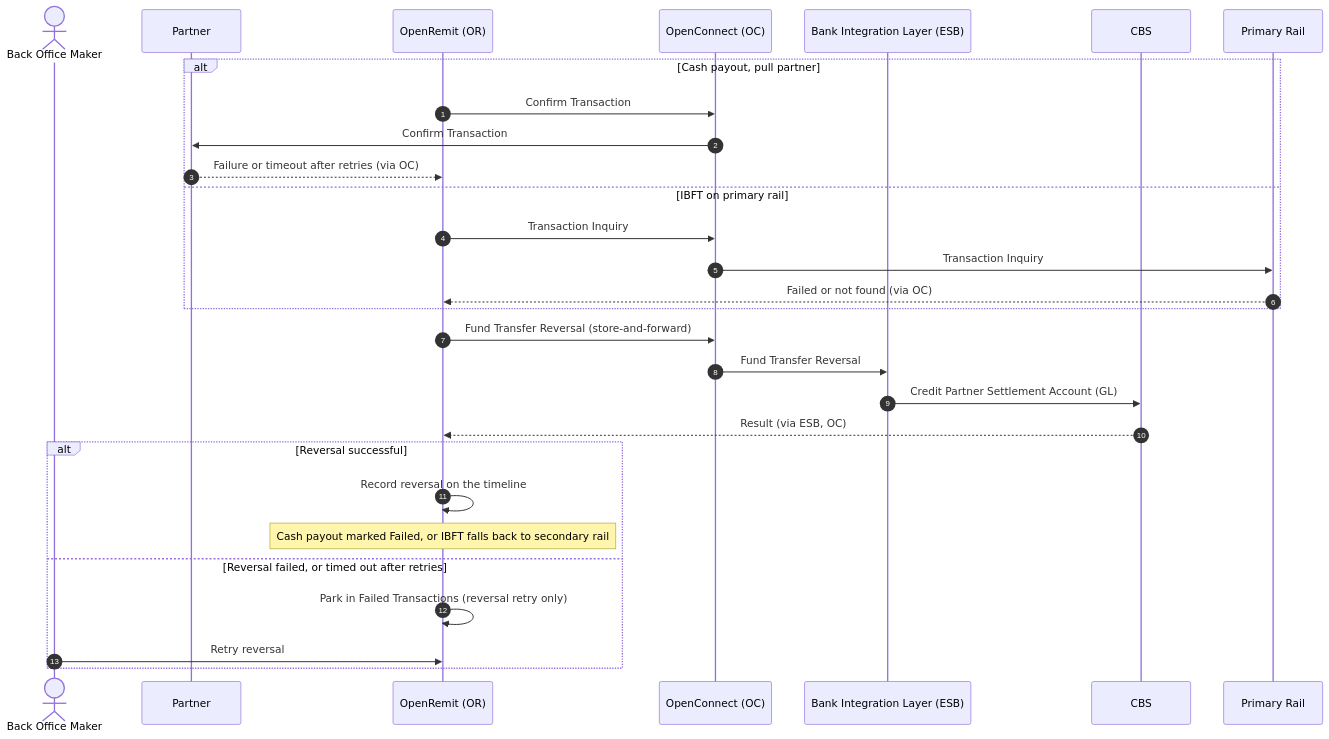
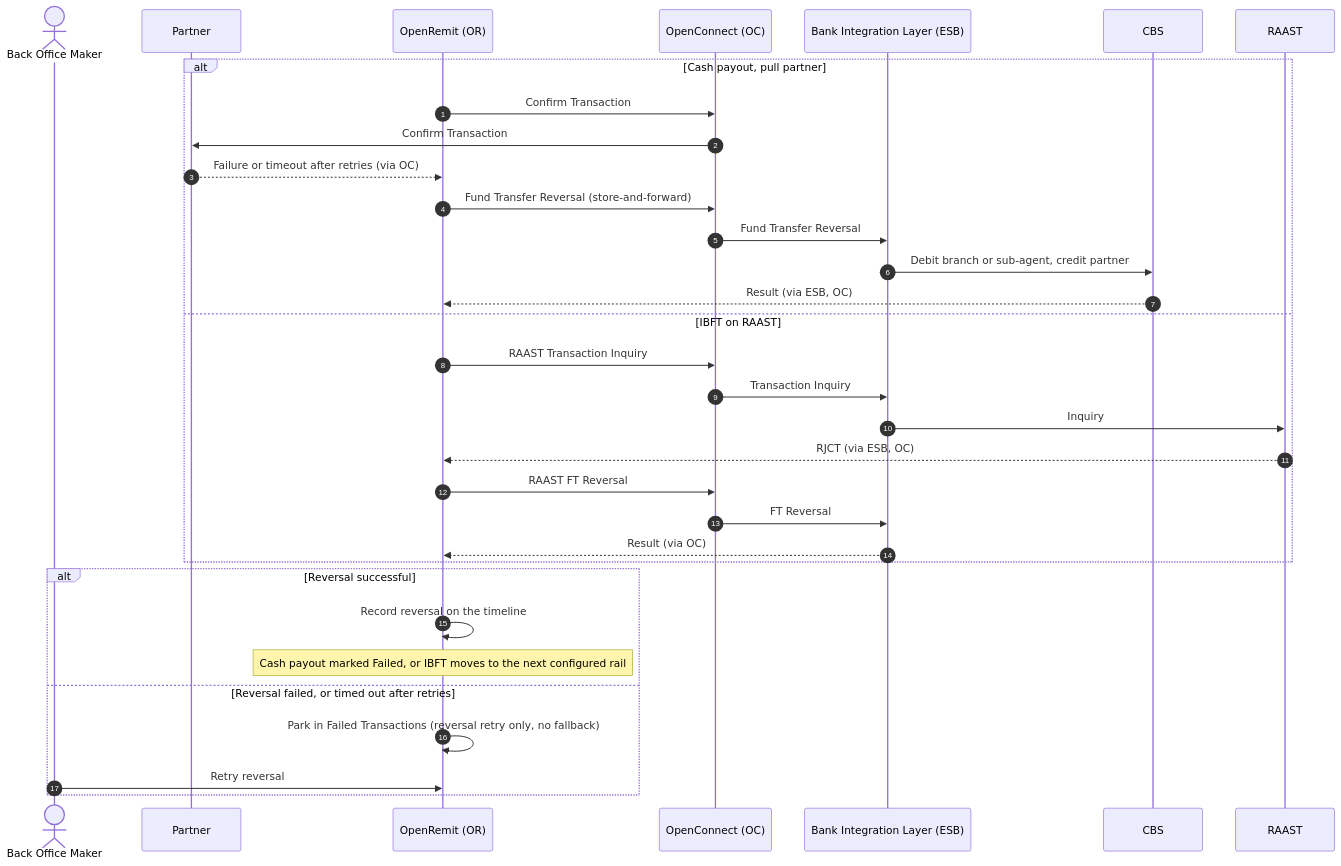
One commit to paysyslab/OpenRemit changed the diagram in docs/features/financial/automatic-ft-reversal.md. Above: the diagram before and after it, drawn with Mermaid. The commit also changed other lines of this file and 37 other files, not shown here.

````diff
--- a/docs/features/financial/automatic-ft-reversal.md
+++ b/docs/features/financial/automatic-ft-reversal.md
@@ -51,33 +49,37 @@
 ```mermaid
 sequenceDiagram
     autonumber
     actor BOM as Back Office Maker
     participant P as Partner
     participant OR as OpenRemit (OR)
     participant OC as OpenConnect (OC)
     participant ESB as Bank Integration Layer (ESB)
     participant CBS
-    participant L1 as Primary Rail
+    participant RA as RAAST
 
     alt Cash payout, pull partner
         OR->>OC: Confirm Transaction
         OC->>P: Confirm Transaction
         P-->>OR: Failure or timeout after retries (via OC)
-    else IBFT on primary rail
-        OR->>OC: Transaction Inquiry
-        OC->>L1: Transaction Inquiry
-        L1-->>OR: Failed or not found (via OC)
+        OR->>OC: Fund Transfer Reversal (store-and-forward)
+        OC->>ESB: Fund Transfer Reversal
+        ESB->>CBS: Debit branch or sub-agent, credit partner
+        CBS-->>OR: Result (via ESB, OC)
+    else IBFT on RAAST
+        OR->>OC: RAAST Transaction Inquiry
+        OC->>ESB: Transaction Inquiry
+        ESB->>RA: Inquiry
+        RA-->>OR: RJCT (via ESB, OC)
+        OR->>OC: RAAST FT Reversal
+        OC->>ESB: FT Reversal
+        ESB-->>OR: Result (via OC)
     end
 
-    OR->>OC: Fund Transfer Reversal (store-and-forward)
-    OC->>ESB: Fund Transfer Reversal
-    ESB->>CBS: Credit Partner Settlement Account (GL)
-    CBS-->>OR: Result (via ESB, OC)
     alt Reversal successful
         OR->>OR: Record reversal on the timeline
-        Note over OR: Cash payout marked Failed, or IBFT falls back to secondary rail
+        Note over OR: Cash payout marked Failed, or IBFT moves to the next configured rail
     else Reversal failed, or timed out after retries
-        OR->>OR: Park in Failed Transactions (reversal retry only)
+        OR->>OR: Park in Failed Transactions (reversal retry only, no fallback)
         BOM->>OR: Retry reversal
     end
 ```
````
